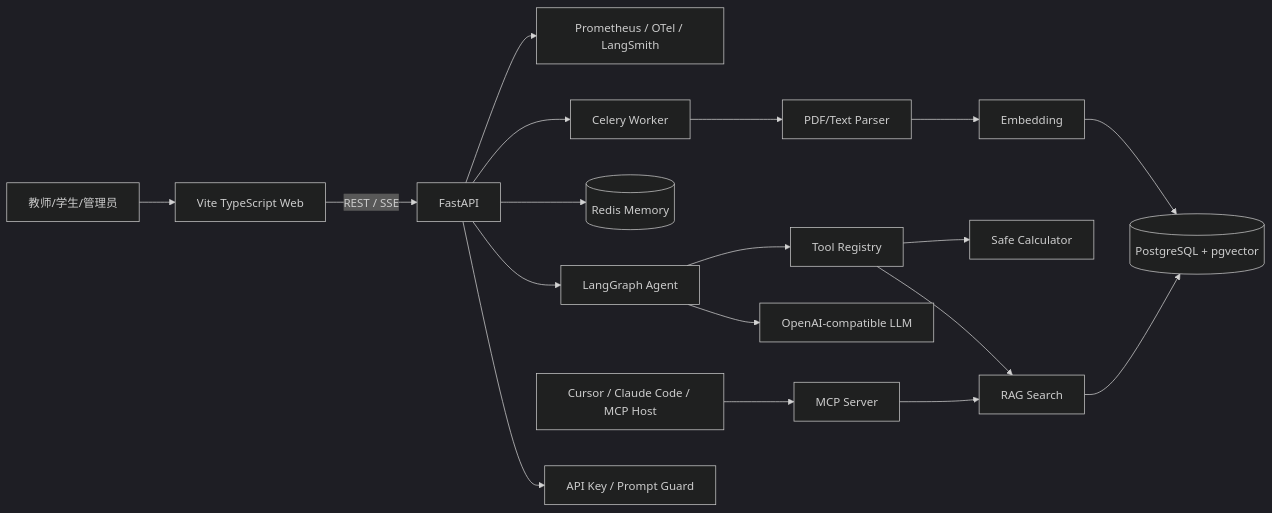
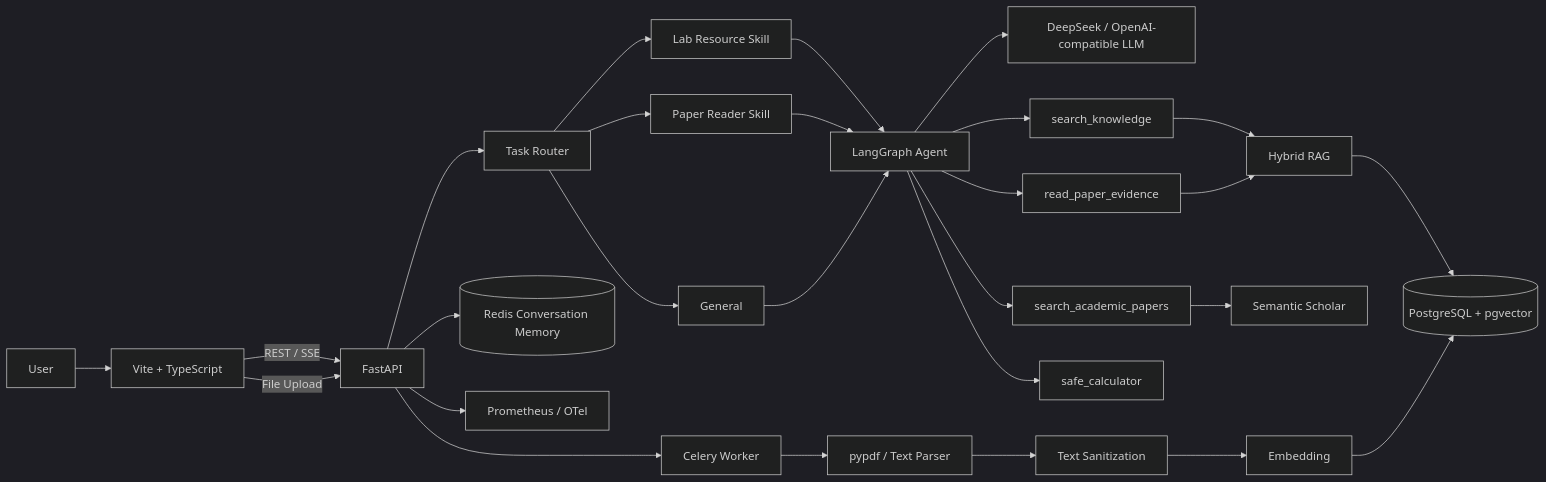
Before and after one commit to jmhngnl/EduAgent-Hub: the first of 2 diagrams in README.md, drawn with Mermaid (dark theme). The commit also changed other lines of this file and 7 other files, not shown here.

Commit message:
feat: add task routing, agent trace and improved chat experience

````diff
--- a/README.md
+++ b/README.md
@@ -27,20 +86,39 @@
 ```mermaid
 flowchart LR
-    U[教师/学生/管理员] --> FE[Vite TypeScript Web]
+    U[User] --> FE[Vite + TypeScript]
+
     FE -->|REST / SSE| API[FastAPI]
-    API --> GUARD[API Key / Prompt Guard]
-    API --> AG[LangGraph Agent]
-    AG --> LLM[OpenAI-compatible LLM]
-    AG --> TOOL[Tool Registry]
-    TOOL --> RAG[RAG Search]
-    TOOL --> CALC[Safe Calculator]
+
+    API --> ROUTER[Task Router]
+    ROUTER --> LABSKILL[Lab Resource Skill]
+    ROUTER --> PAPERSKILL[Paper Reader Skill]
+    ROUTER --> GENERAL[General]
+
+    LABSKILL --> AGENT[LangGraph Agent]
+    PAPERSKILL --> AGENT
+    GENERAL --> AGENT
+
+    AGENT --> LLM[DeepSeek / OpenAI-compatible LLM]
+
+    AGENT --> LABTOOL[search_knowledge]
+    AGENT --> PAPERTOOL[read_paper_evidence]
+    AGENT --> SEARCHTOOL[search_academic_papers]
+    AGENT --> CALC[safe_calculator]
+
+    LABTOOL --> RAG[Hybrid RAG]
+    PAPERTOOL --> RAG
     RAG --> PG[(PostgreSQL + pgvector)]
-    API --> REDIS[(Redis Memory)]
+
+    SEARCHTOOL --> SS[Semantic Scholar]
+
+    API --> REDIS[(Redis Conversation Memory)]
+
+    FE -->|File Upload| API
     API --> CELERY[Celery Worker]
-    CELERY --> PARSER[PDF/Text Parser]
-    PARSER --> EMB[Embedding]
+    CELERY --> PARSER[pypdf / Text Parser]
+    PARSER --> CLEAN[Text Sanitization]
+    CLEAN --> EMB[Embedding]
     EMB --> PG
-    MCPHOST[Cursor / Claude Code / MCP Host] --> MCPS[MCP Server]
-    MCPS --> RAG
-    API --> OBS[Prometheus / OTel / LangSmith]
+
+    API --> OBS[Prometheus / OTel]
 ```
````
